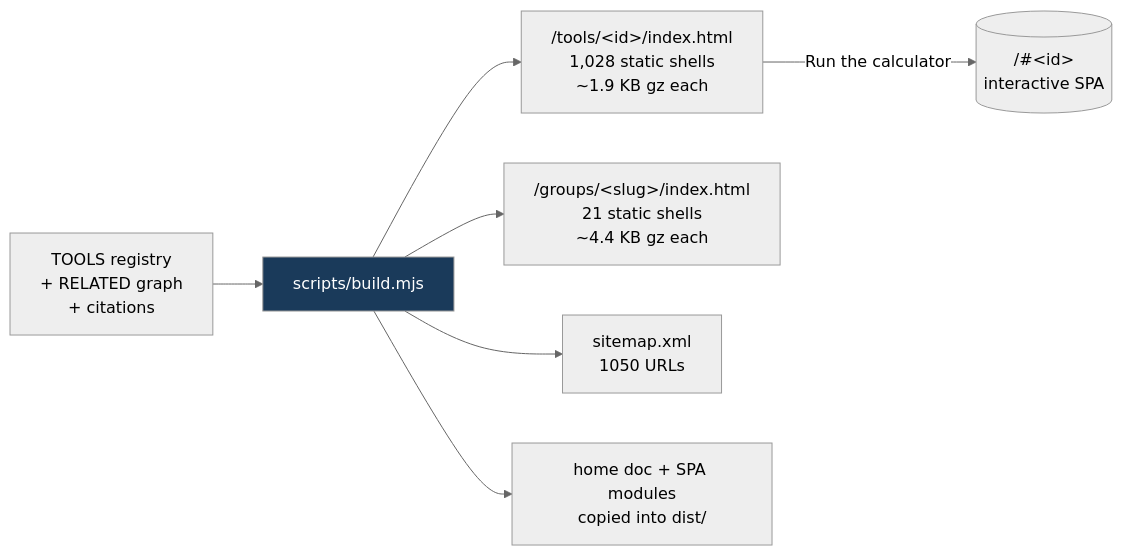
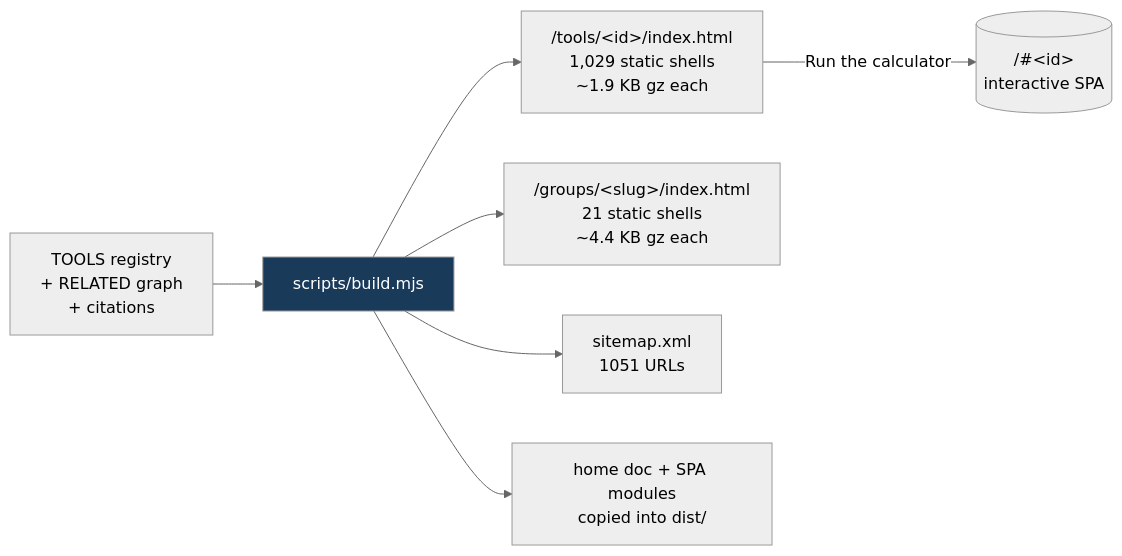
Before and after one commit to clay-good/roughlogic.com: the fifth of 8 diagrams in README.md, drawn with Mermaid (neutral theme). The commit also changed other lines of this file and 15 other files, not shown here.

````diff
--- a/README.md
+++ b/README.md
@@ -495,10 +495,10 @@
 ```mermaid
 flowchart LR
     SRC[TOOLS registry\n+ RELATED graph\n+ citations] --> BUILD[scripts/build.mjs]
-    BUILD --> TILE["/tools/&lt;id&gt;/index.html\n1,028 static shells\n~1.9 KB gz each"]
+    BUILD --> TILE["/tools/&lt;id&gt;/index.html\n1,029 static shells\n~1.9 KB gz each"]
     BUILD --> GROUP["/groups/&lt;slug&gt;/index.html\n21 static shells\n~4.4 KB gz each"]
-    BUILD --> MAP["sitemap.xml\n1050 URLs"]
+    BUILD --> MAP["sitemap.xml\n1051 URLs"]
     BUILD --> COPY[home doc + SPA modules\ncopied into dist/]
     TILE -->|Run the calculator| SPA[("/#&lt;id&gt;\ninteractive SPA")]
     style BUILD fill:#1a3a5a,color:#fff
 ```
````
